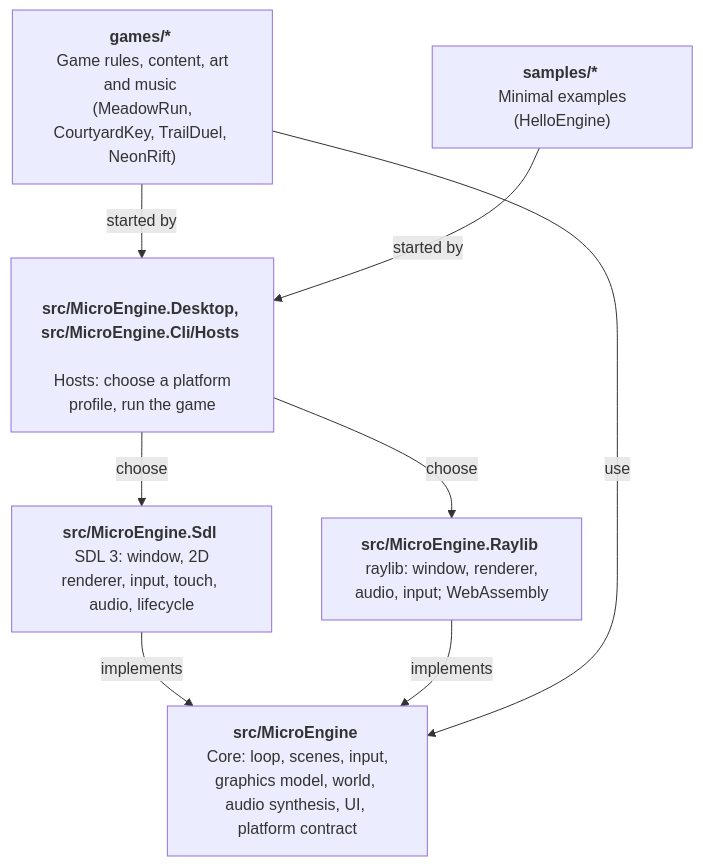
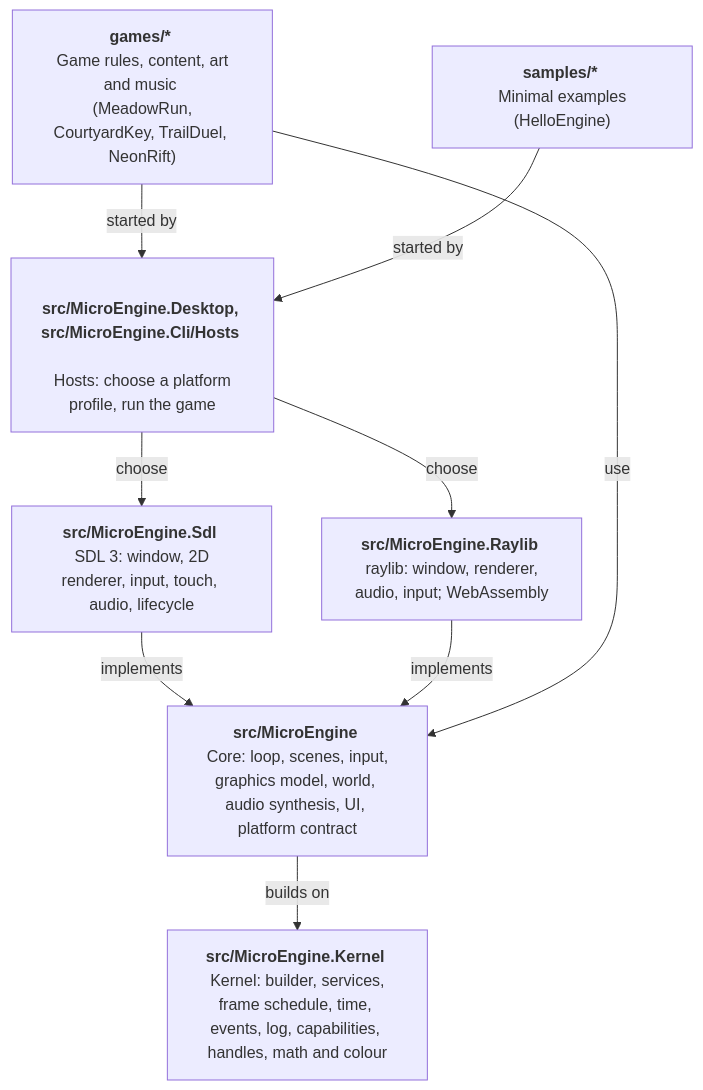
One commit to NastMz/MicroEngine changed the diagram in docs/architecture.md. Above: the diagram before and after it, drawn with Mermaid. The commit also changed other lines of this file and 27 other files, not shown here.

First line of the commit message:
feat(kernel): MicroEngine.Kernel assembly with builder, services, schedule and clock

````diff
--- a/docs/architecture.md
+++ b/docs/architecture.md
@@ -10,18 +11,20 @@
 ```mermaid
 flowchart TB
   accTitle: Layers
   accDescr: Games and samples start through the desktop launcher, which offers the SDL and raylib backends; both implement the core's platform contract.
   games["<b> games/* </b> <br/> Game rules, content, art and music <br/> (MeadowRun, CourtyardKey, TrailDuel, NeonRift)"]
   samples["<b> samples/* </b> <br/> Minimal examples (HelloEngine)"]
   hosts["<b> src/MicroEngine.Desktop, src/MicroEngine.Cli/Hosts </b> <br/> Hosts: choose a platform profile, run the game"]
   sdl["<b> src/MicroEngine.Sdl </b> <br/> SDL 3: window, 2D renderer, input, touch, audio, lifecycle"]
   raylib["<b> src/MicroEngine.Raylib </b> <br/> raylib: window, renderer, audio, input; WebAssembly"]
   core["<b> src/MicroEngine </b> <br/> Core: loop, scenes, input, graphics model, world, audio synthesis, UI, platform contract"]
+  kernel["<b> src/MicroEngine.Kernel </b> <br/> Kernel: builder, services, frame schedule, time, events, log, capabilities, handles, math and colour"]
   games -- started by --> hosts
   samples -- started by --> hosts
   hosts -- choose --> sdl
   hosts -- choose --> raylib
   sdl -- implements --> core
   raylib -- implements --> core
   games -- use --> core
+  core -- builds on --> kernel
 ```
````
